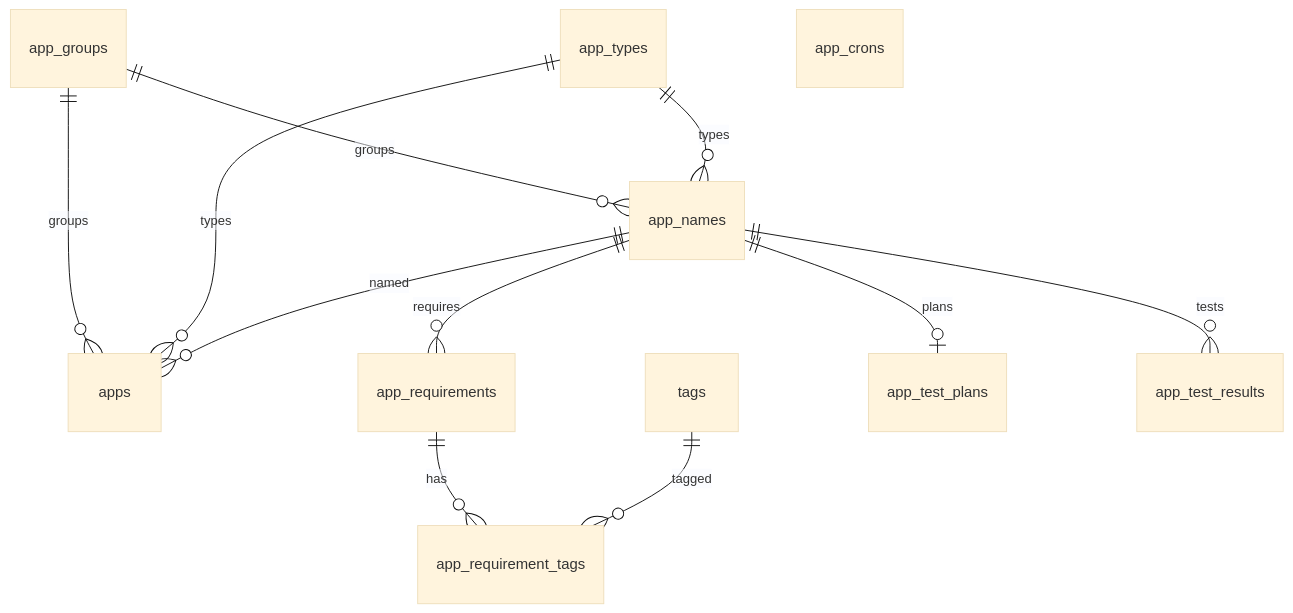
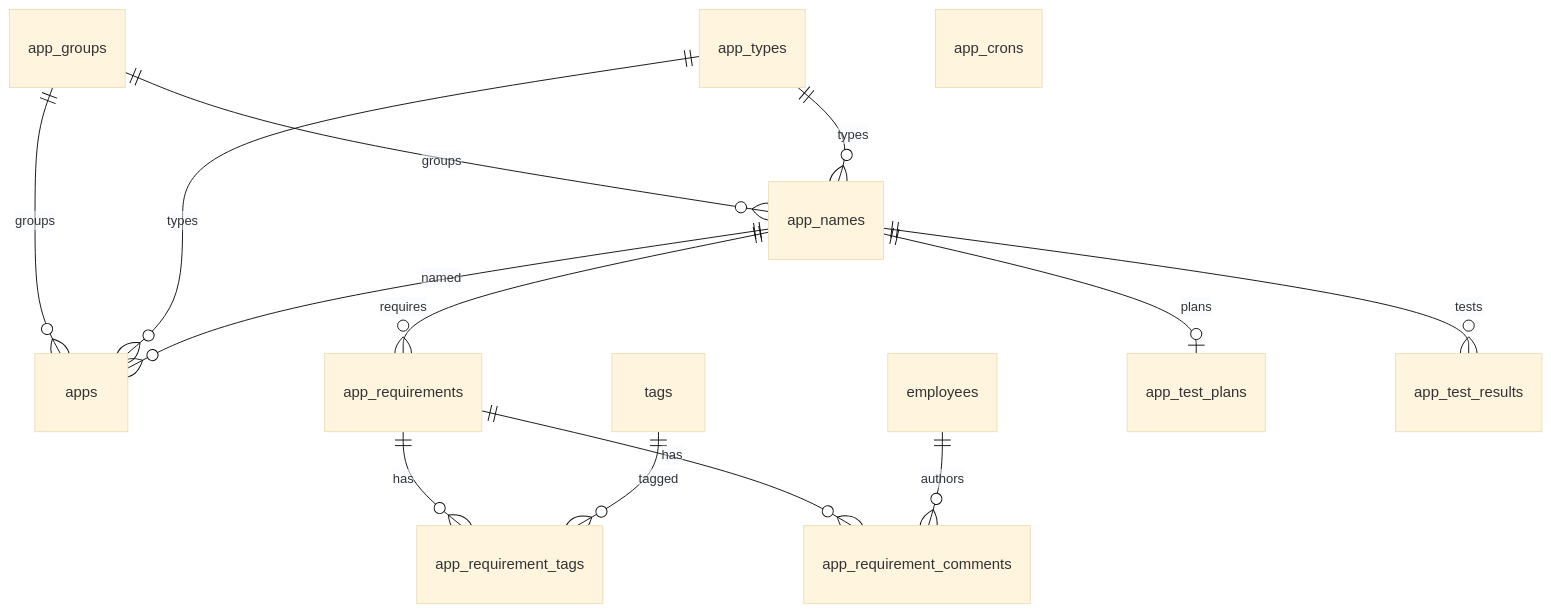
Before and after one commit to ssstakahashi/ai-org: the third of 4 diagrams in docs/database.md, drawn with Mermaid (base theme). The commit also changed other lines of this file and 18 other files, not shown here.

````diff
--- a/docs/database.md
+++ b/docs/database.md
@@ -48,14 +48,16 @@
 ```mermaid
 erDiagram
   app_groups ||--o{ app_names : groups
   app_types ||--o{ app_names : types
   app_groups ||--o{ apps : groups
   app_types ||--o{ apps : types
   app_names ||--o{ apps : named
   app_names ||--o{ app_requirements : requires
   app_requirements ||--o{ app_requirement_tags : has
   tags ||--o{ app_requirement_tags : tagged
+  app_requirements ||--o{ app_requirement_comments : has
+  employees ||--o{ app_requirement_comments : authors
   app_names ||--o| app_test_plans : plans
   app_names ||--o{ app_test_results : tests
   app_crons
 ```
````
